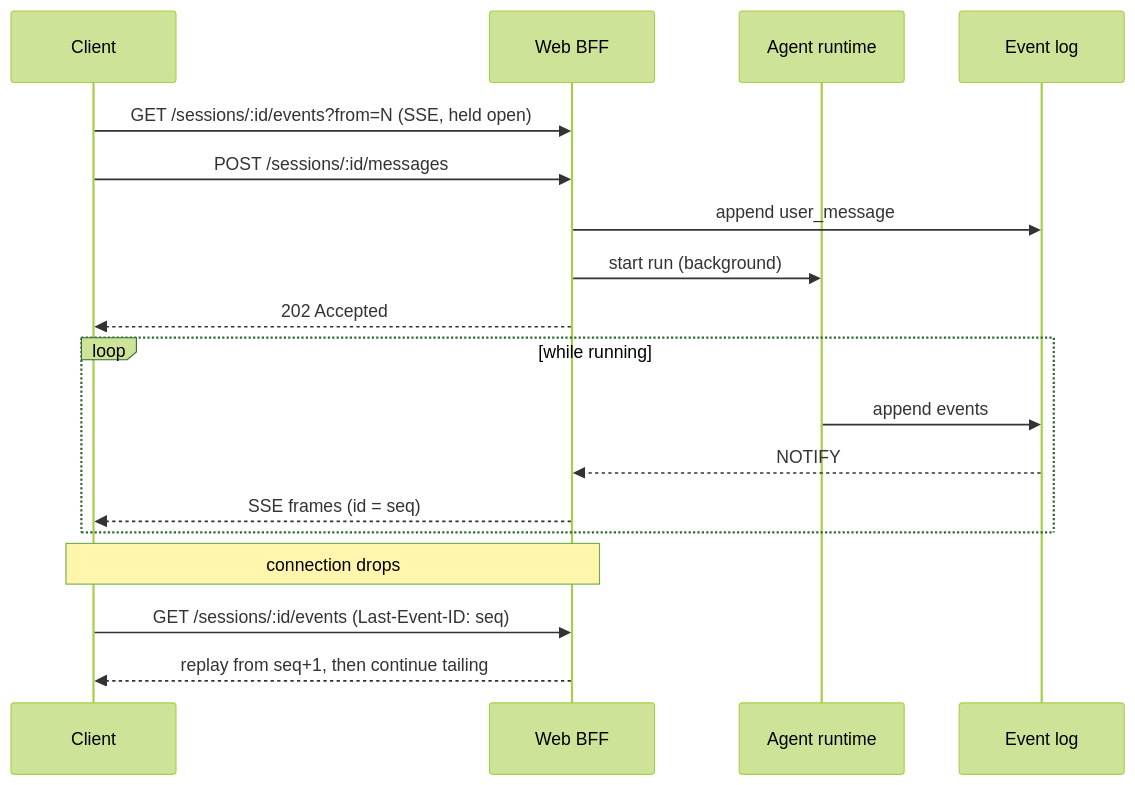
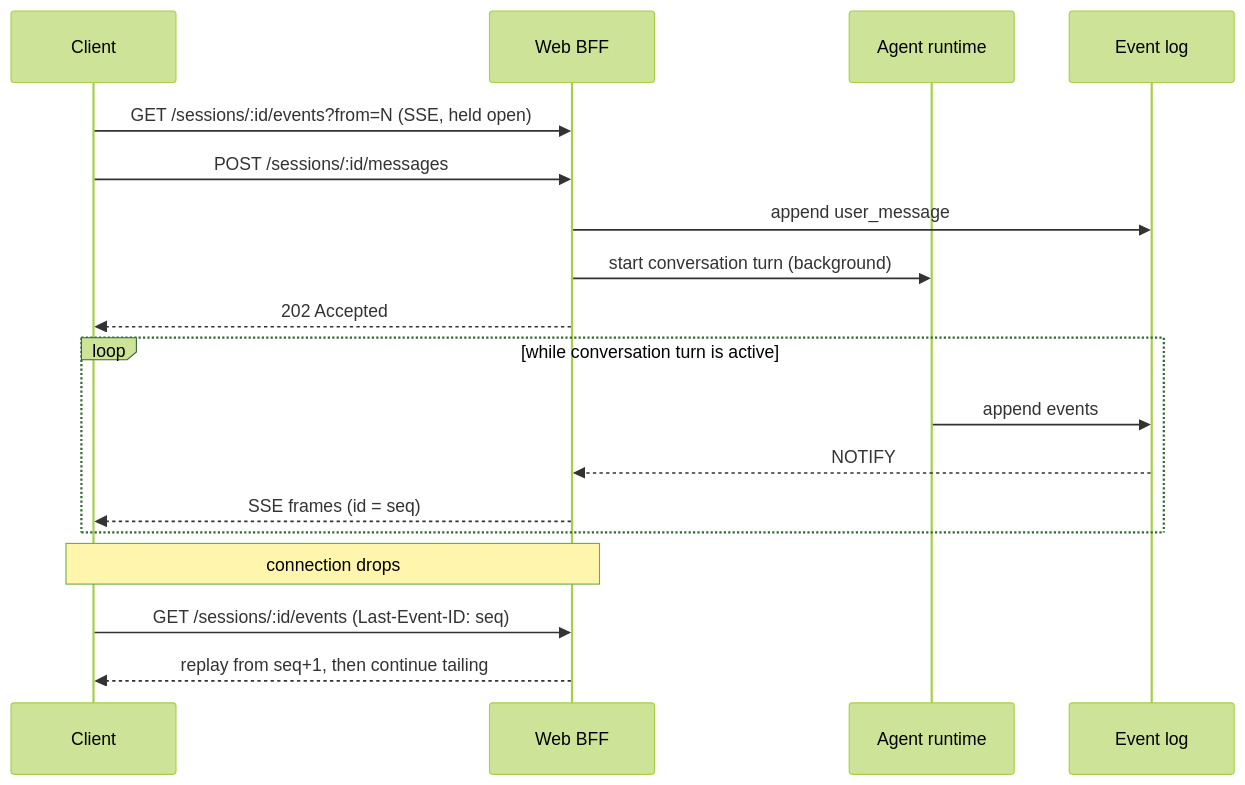
The first of 2 diagrams in docs/ARCHITECTURE.md (w9/zagent), drawn with Mermaid (forest theme) before and after one commit. The commit also changed other lines of this file and 23 other files, not shown here.

````diff
--- a/docs/ARCHITECTURE.md
+++ b/docs/ARCHITECTURE.md
@@ -124,20 +134,20 @@
 ```mermaid
 sequenceDiagram
     participant C as Client
     participant W as Web BFF
     participant R as Agent runtime
     participant L as Event log
     C->>W: GET /sessions/:id/events?from=N (SSE, held open)
     C->>W: POST /sessions/:id/messages
     W->>L: append user_message
-    W->>R: start run (background)
+    W->>R: start conversation turn (background)
     W-->>C: 202 Accepted
-    loop while running
+    loop while conversation turn is active
         R->>L: append events
         L-->>W: NOTIFY
         W-->>C: SSE frames (id = seq)
     end
     Note over C,W: connection drops
     C->>W: GET /sessions/:id/events (Last-Event-ID: seq)
     W-->>C: replay from seq+1, then continue tailing
 ```
````
